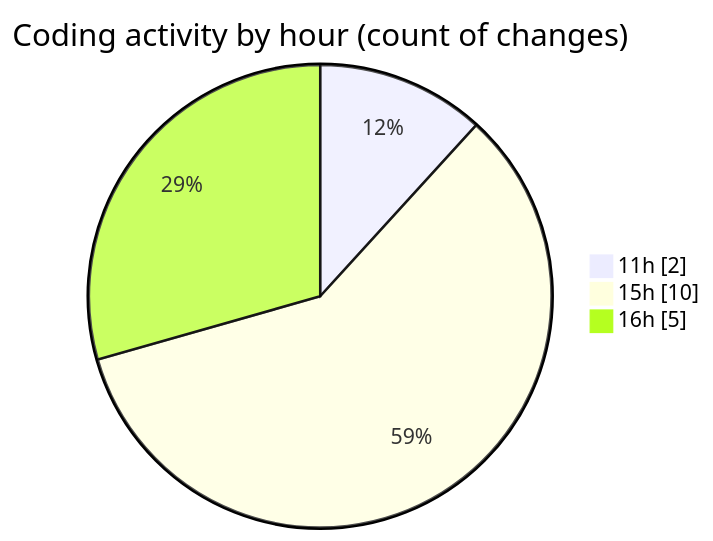
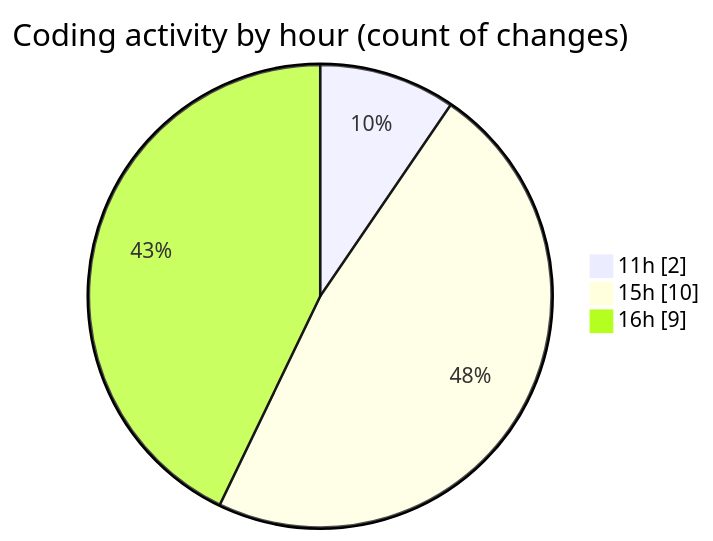
The second of 2 diagrams in 2026-07-06/wp-content/README.md (debugP/code-tracking), drawn with Mermaid before and after one commit. The commit also changed other lines of this file and 1 other file, not shown here.

````diff
--- a/2026-07-06/wp-content/README.md
+++ b/2026-07-06/wp-content/README.md
@@ -31,7 +31,7 @@
 ```mermaid
 pie showData
 title Coding activity by hour (count of changes)
 "11h" : 2
 "15h" : 10
-"16h" : 5
+"16h" : 9
 ```
````
